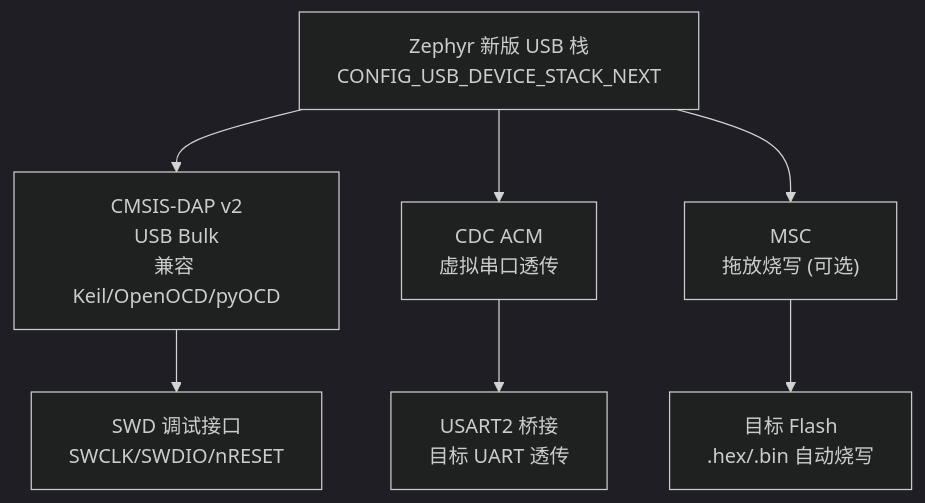
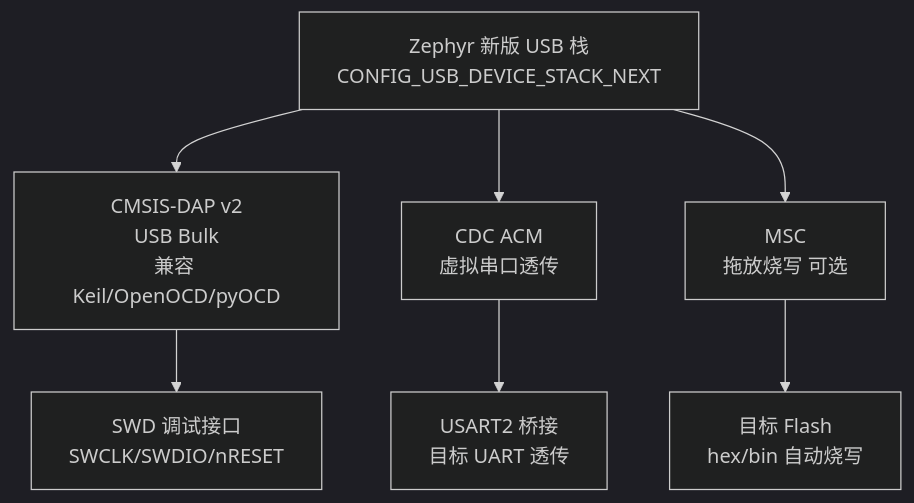
One commit to kabirz/zephyr_app changed the sixth of 6 diagrams in docs/architecture.md. Above: the diagram before and after it, drawn with Mermaid (dark theme). The commit also changed other lines of this file and 4 other files, not shown here.

First line of the commit message:
docs: fix mermaid rendering by localizing mermaid.js

````diff
--- a/docs/architecture.md
+++ b/docs/architecture.md
@@ -139,11 +140,11 @@
 ```mermaid
 flowchart TD
     USB["Zephyr 新版 USB 栈<br/>CONFIG_USB_DEVICE_STACK_NEXT"]
     USB --> DAP["CMSIS-DAP v2<br/>USB Bulk<br/>兼容 Keil/OpenOCD/pyOCD"]
     USB --> CDC["CDC ACM<br/>虚拟串口透传"]
-    USB --> MSC["MSC<br/>拖放烧写 (可选)"]
+    USB --> MSC["MSC<br/>拖放烧写 可选"]
 
     DAP --> SWD["SWD 调试接口<br/>SWCLK/SWDIO/nRESET"]
     CDC --> UART["USART2 桥接<br/>目标 UART 透传"]
-    MSC --> FLASH["目标 Flash<br/>.hex/.bin 自动烧写"]
+    MSC --> FLASH["目标 Flash<br/>hex/bin 自动烧写"]
 ```
````
